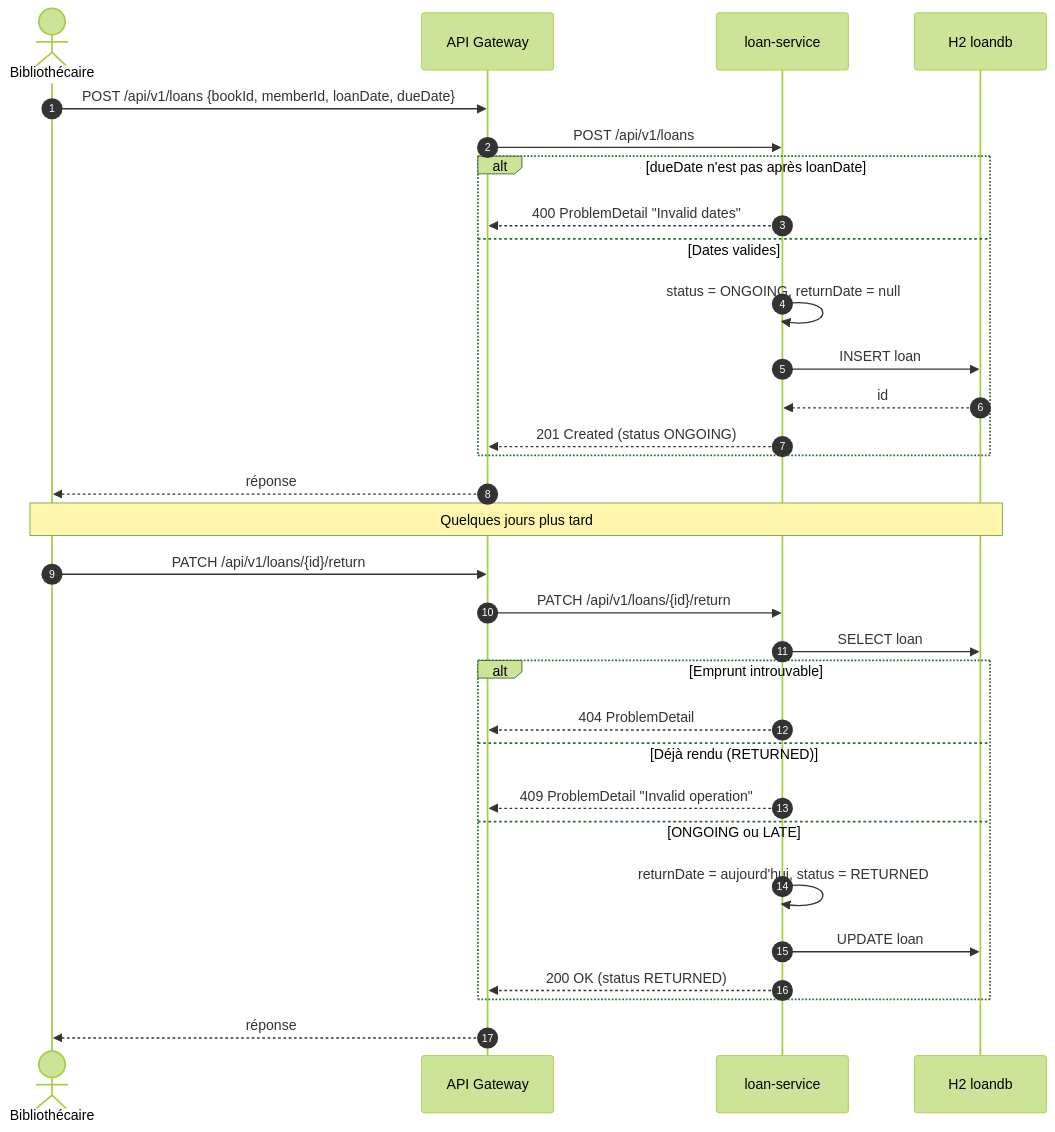
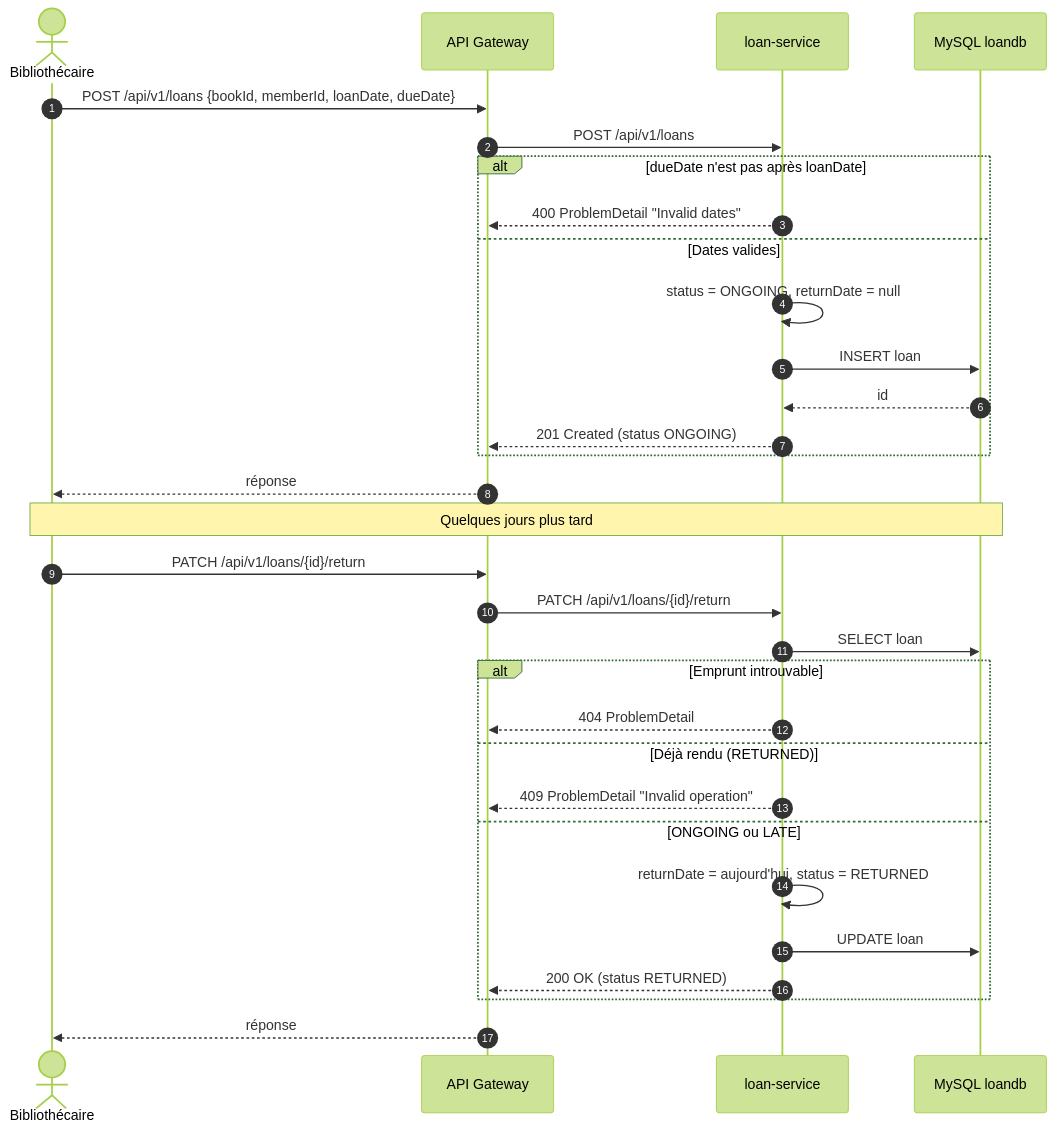
The diagram in documentation/diagrams/sequence/borrow-and-return.md (touihri6/library-management), drawn with Mermaid (forest theme) before and after one commit. The commit also changed 35 other files, not shown here.

````diff
--- a/documentation/diagrams/sequence/borrow-and-return.md
+++ b/documentation/diagrams/sequence/borrow-and-return.md
@@ -5,36 +5,36 @@
 ```mermaid
 sequenceDiagram
     autonumber
     actor B as Bibliothécaire
     participant GW as API Gateway
     participant LS as loan-service
-    participant DB as H2 loandb
+    participant DB as MySQL loandb
 
     B->>GW: POST /api/v1/loans {bookId, memberId, loanDate, dueDate}
     GW->>LS: POST /api/v1/loans
     alt dueDate n'est pas après loanDate
         LS-->>GW: 400 ProblemDetail "Invalid dates"
     else Dates valides
         LS->>LS: status = ONGOING, returnDate = null
         LS->>DB: INSERT loan
         DB-->>LS: id
         LS-->>GW: 201 Created (status ONGOING)
     end
     GW-->>B: réponse
 
     Note over B,DB: Quelques jours plus tard
 
     B->>GW: PATCH /api/v1/loans/{id}/return
     GW->>LS: PATCH /api/v1/loans/{id}/return
     LS->>DB: SELECT loan
     alt Emprunt introuvable
         LS-->>GW: 404 ProblemDetail
     else Déjà rendu (RETURNED)
         LS-->>GW: 409 ProblemDetail "Invalid operation"
     else ONGOING ou LATE
         LS->>LS: returnDate = aujourd'hui, status = RETURNED
         LS->>DB: UPDATE loan
         LS-->>GW: 200 OK (status RETURNED)
     end
     GW-->>B: réponse
 ```
````
